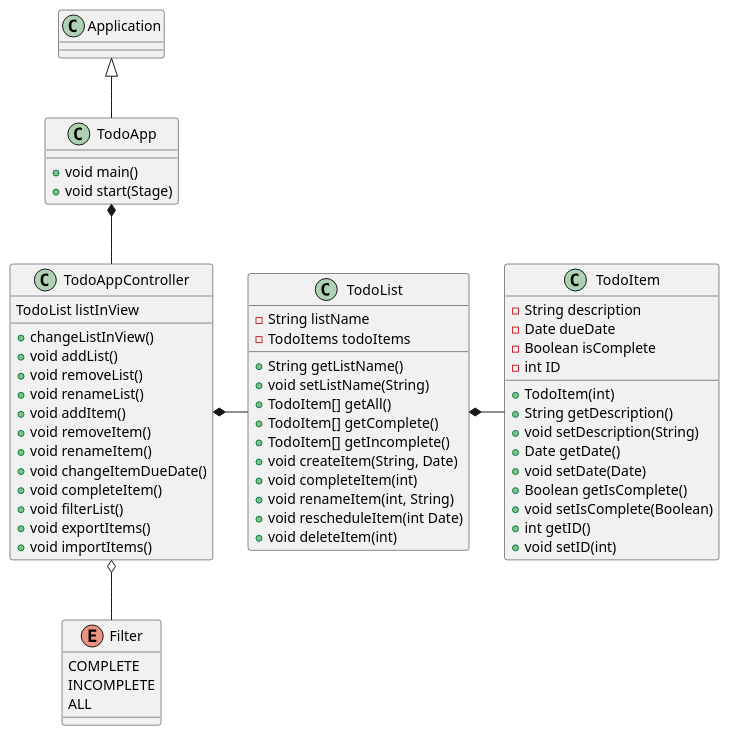
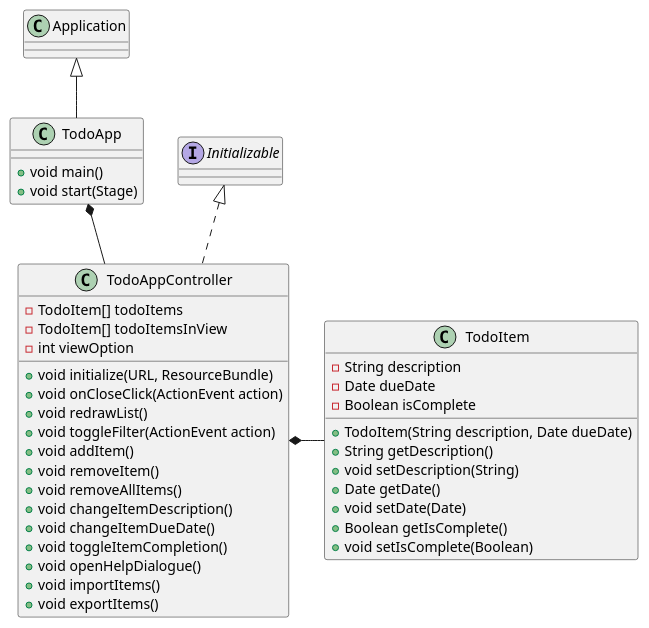
One commit to Isaachristian/liljeros-cop3330-assignment4part2 changed the diagram in uml/Assignment_4_Class_Diagram.puml. Above: the diagram before and after it, drawn with PlantUML. The commit also changed 6 other files, not shown here.

Commit message:
Updated class diagram and implementation design

```diff
--- a/uml/Assignment_4_Class_Diagram.puml
+++ b/uml/Assignment_4_Class_Diagram.puml
@@ -1,68 +1,45 @@
 @startuml
 'https://plantuml.com/class-diagram
-
-enum Filter {
-    COMPLETE
-    INCOMPLETE
-    ALL
-}
 
 class TodoApp extends Application {
     +void main()
     +void start(Stage)
 }
 
-class TodoAppController {
-    TodoList listInView
-    +changeListInView()
-    +void addList()
-    +void removeList()
-    +void renameList()
+class TodoAppController implements Initializable {
+    -TodoItem[] todoItems
+    -TodoItem[] todoItemsInView
+    '0 = All, 1 = Complete only, 2 = Incomplete only
+    -int viewOption
+    +void initialize(URL, ResourceBundle)
+    +void onCloseClick(ActionEvent action)
+    +void redrawList()
+    +void toggleFilter(ActionEvent action)
     +void addItem()
     +void removeItem()
-    +void renameItem()
+    +void removeAllItems()
+    +void changeItemDescription()
     +void changeItemDueDate()
-    +void completeItem()
-    +void filterList()
+    +void toggleItemCompletion()
+    +void openHelpDialogue()
+    +void importItems()
     +void exportItems()
-    +void importItems()
-}
-
-class TodoList {
-    -String listName
-    -TodoItems todoItems
-    +String getListName()
-    +void setListName(String)
-    +TodoItem[] getAll()
-    +TodoItem[] getComplete()
-    +TodoItem[] getIncomplete()
-    +void createItem(String, Date)
-    +void completeItem(int)
-    +void renameItem(int, String)
-    +void rescheduleItem(int Date)
-    +void deleteItem(int)
 }
 
 class TodoItem {
     -String description
     -Date dueDate
     -Boolean isComplete
-    -int ID
-    +TodoItem(int)
+    +TodoItem(String description, Date dueDate)
     +String getDescription()
     +void setDescription(String)
     +Date getDate()
     +void setDate(Date)
     +Boolean getIsComplete()
     +void setIsComplete(Boolean)
-    +int getID()
-    +void setID(int)
 }
 
-
 TodoApp *-- TodoAppController
-TodoAppController o-- Filter
-TodoAppController *- TodoList
-TodoList *- TodoItem
+TodoAppController *- TodoItem
 
 @enduml
```
